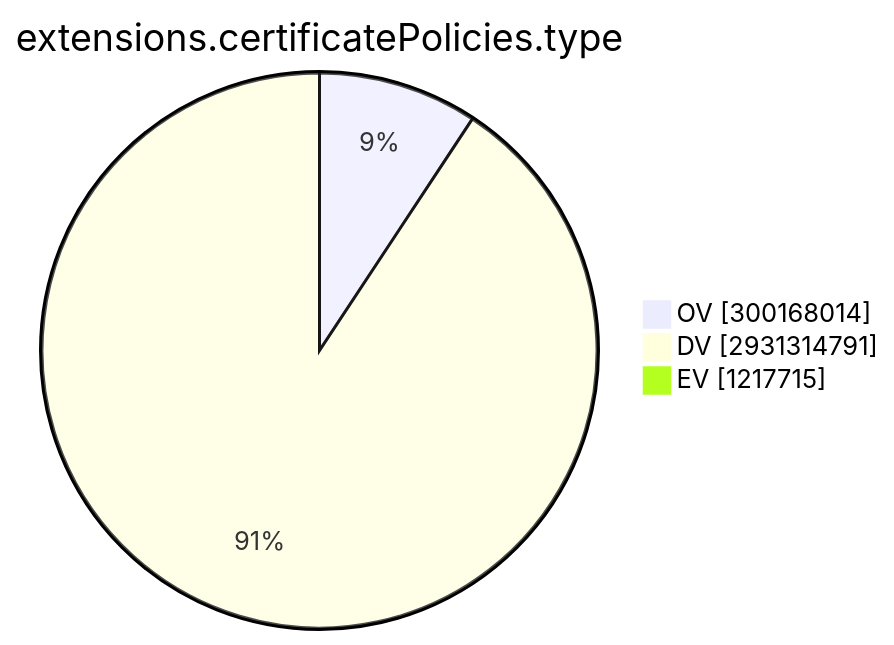
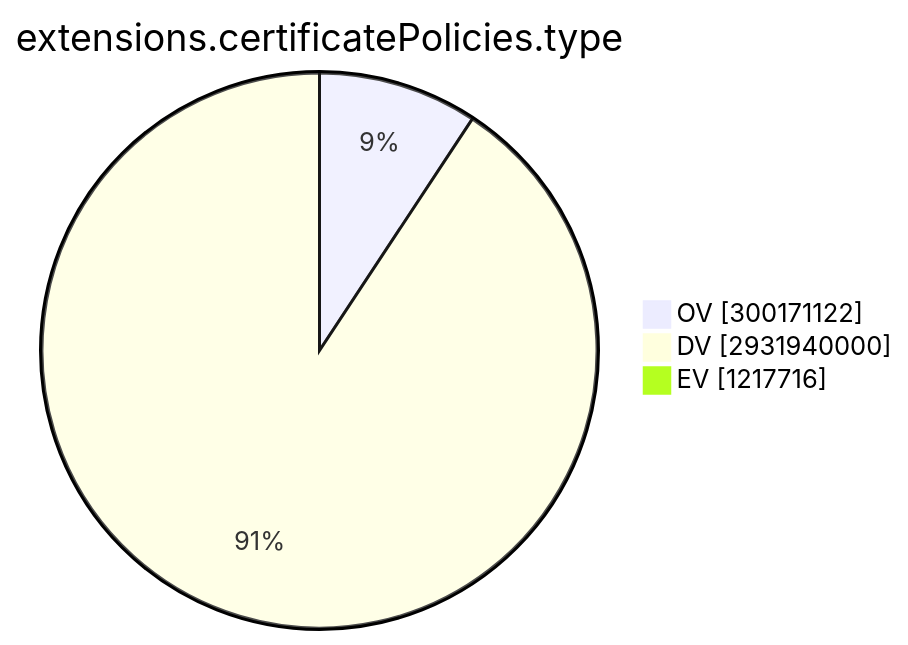
One commit to christiankrug/ctmonitor_visualization changed the ninth of 15 diagrams in TOTAL/README.md. Above: the diagram before and after it, drawn with Mermaid. The commit also changed other lines of this file, not shown here.

````diff
--- a/TOTAL/README.md
+++ b/TOTAL/README.md
@@ -3101,7 +3101,7 @@
 ```mermaid
 pie showData
 title extensions.certificatePolicies.type
-"OV" :300168014
-"DV" :2931314791
-"EV" :1217715
+"OV" :300171122
+"DV" :2931940000
+"EV" :1217716
 ```
````
